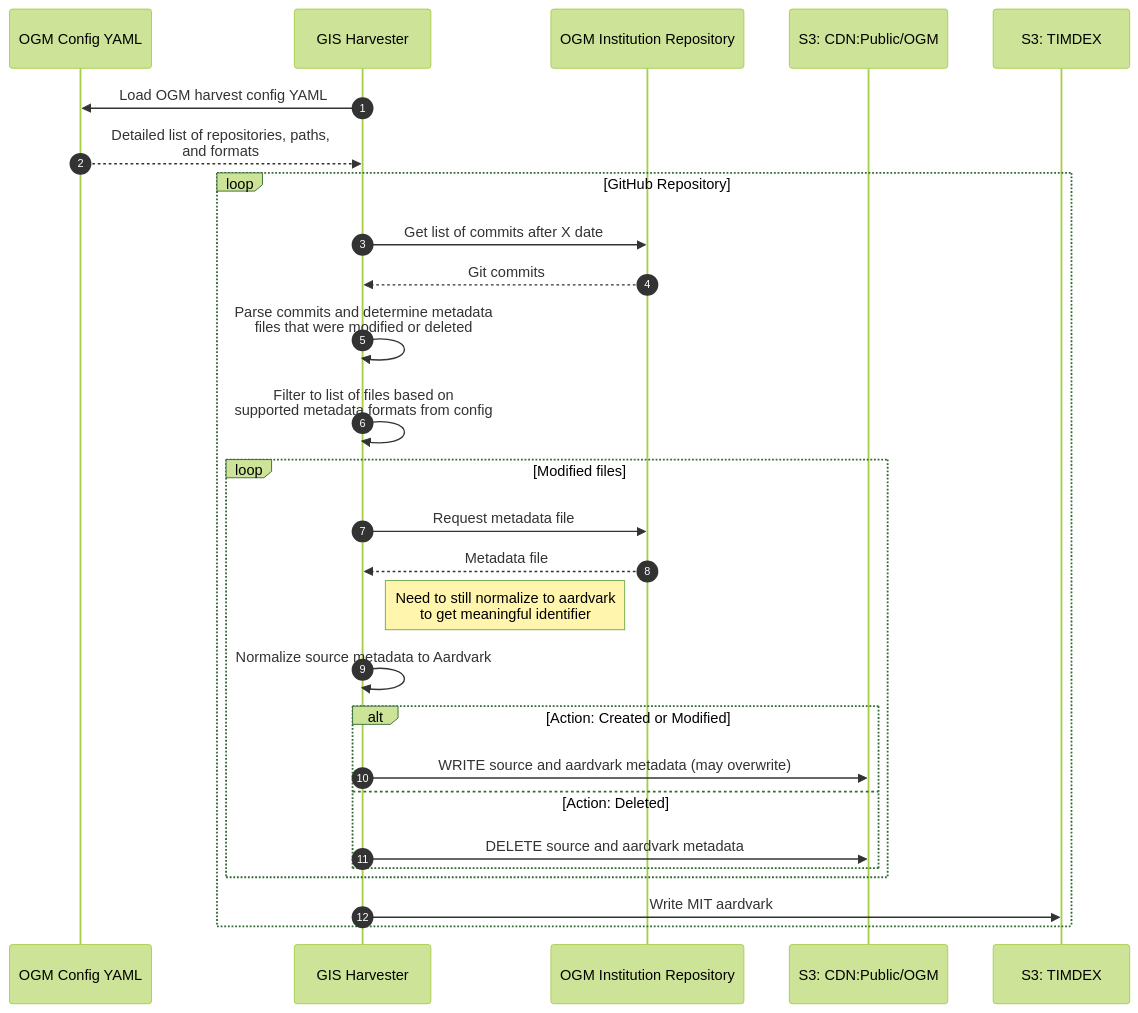
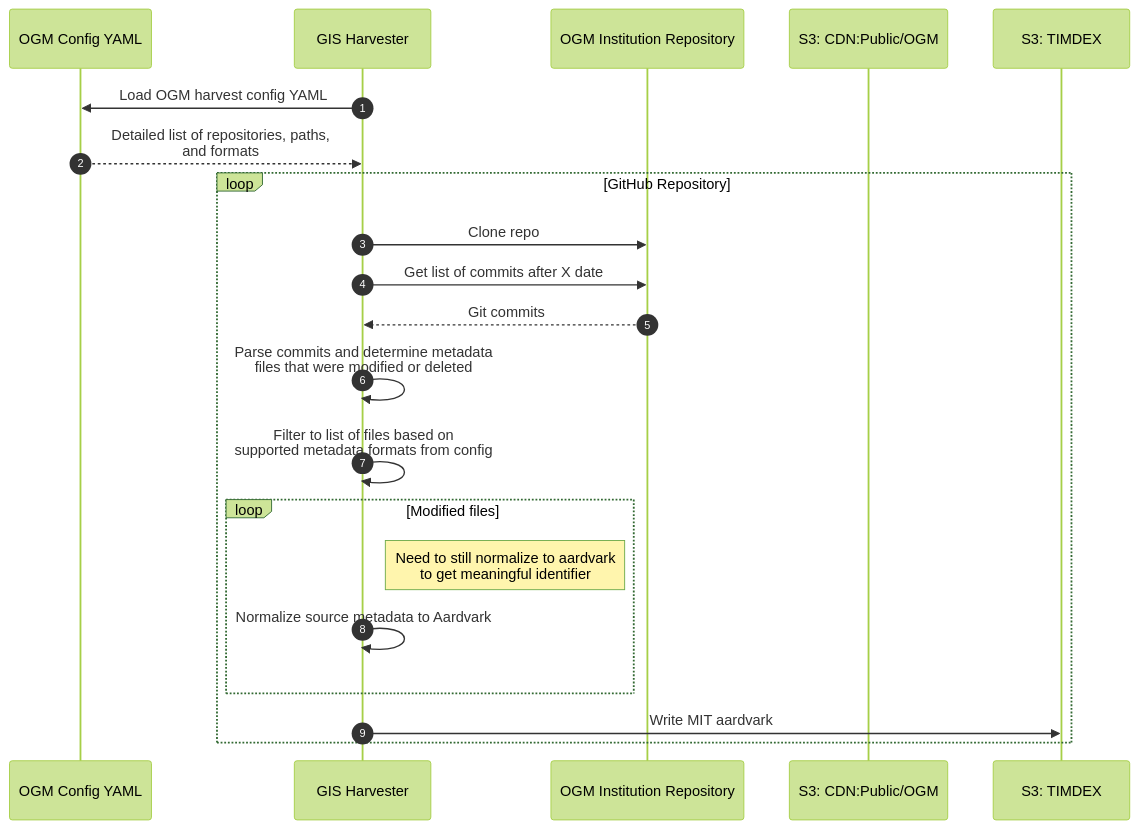
The second of 2 diagrams in docs/ogm_harvests.md (MITLibraries/geo-harvester), drawn with Mermaid (forest theme) before and after one commit.

Commit message:
Update OGM harvester sequence diagram

````diff
--- a/docs/ogm_harvests.md
+++ b/docs/ogm_harvests.md
@@ -35,33 +35,27 @@
 ```mermaid
 sequenceDiagram
     autonumber
     participant ogm_config_yaml as OGM Config YAML
     participant geo_harv as GIS Harvester
     participant ogm_repo as OGM Institution Repository
     participant s3_cdn_pub as S3: CDN:Public/OGM
     participant s3_timdex as S3: TIMDEX
     
     geo_harv->>ogm_config_yaml: Load OGM harvest config YAML
     ogm_config_yaml-->>geo_harv: Detailed list of repositories, paths, <br> and formats
     
     loop GitHub Repository
+        geo_harv->>ogm_repo: Clone repo
         geo_harv->>ogm_repo: Get list of commits after X date
         ogm_repo-->>geo_harv: Git commits
         geo_harv->>geo_harv: Parse commits and determine metadata <br> files that were modified or deleted
         geo_harv->>geo_harv: Filter to list of files based on <br> supported metadata formats from config
         
-        loop Modified files
-            geo_harv->>ogm_repo: Request metadata file
-            ogm_repo-->>geo_harv: Metadata file
+        loop Modified files            
             Note right of geo_harv: Need to still normalize to aardvark <br> to get meaningful identifier
-            geo_harv->>geo_harv: Normalize source metadata to Aardvark
-            alt Action: Created or Modified
-                geo_harv->>s3_cdn_pub: WRITE source and aardvark metadata (may overwrite)
-            else Action: Deleted
-                geo_harv->>s3_cdn_pub: DELETE source and aardvark metadata
-            end
+            geo_harv->>geo_harv: Normalize source metadata to Aardvark            
         end
         
         geo_harv->>s3_timdex: Write MIT aardvark
     end
 ```
````
